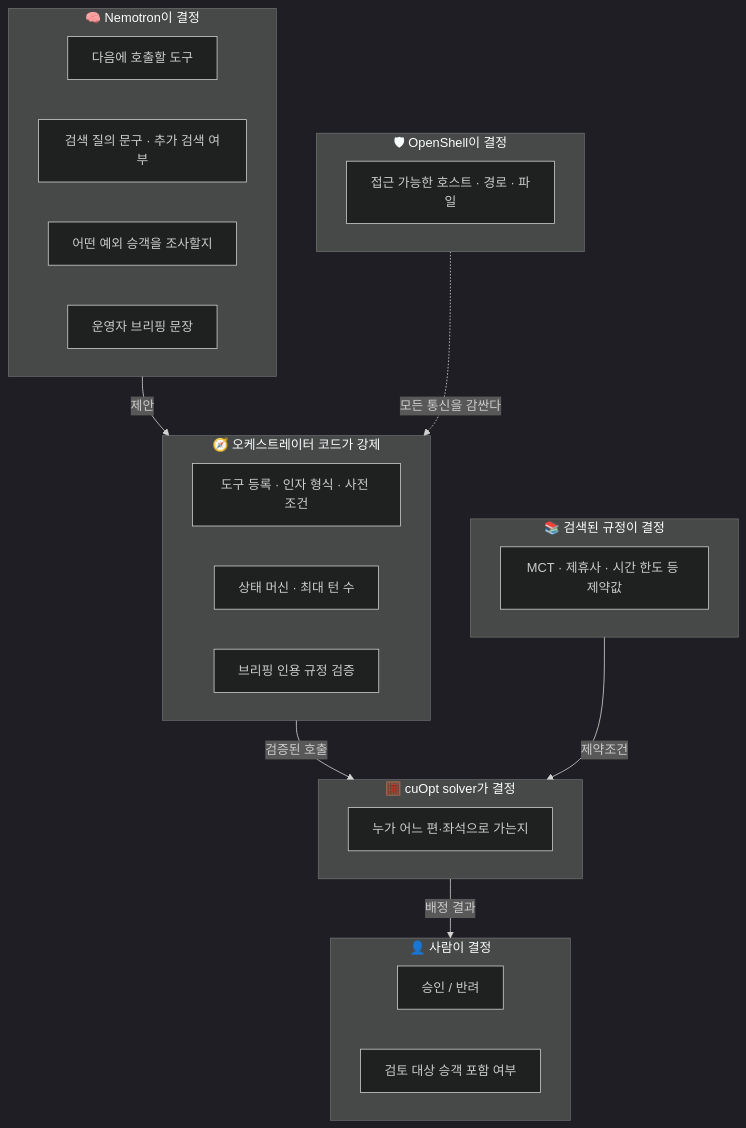
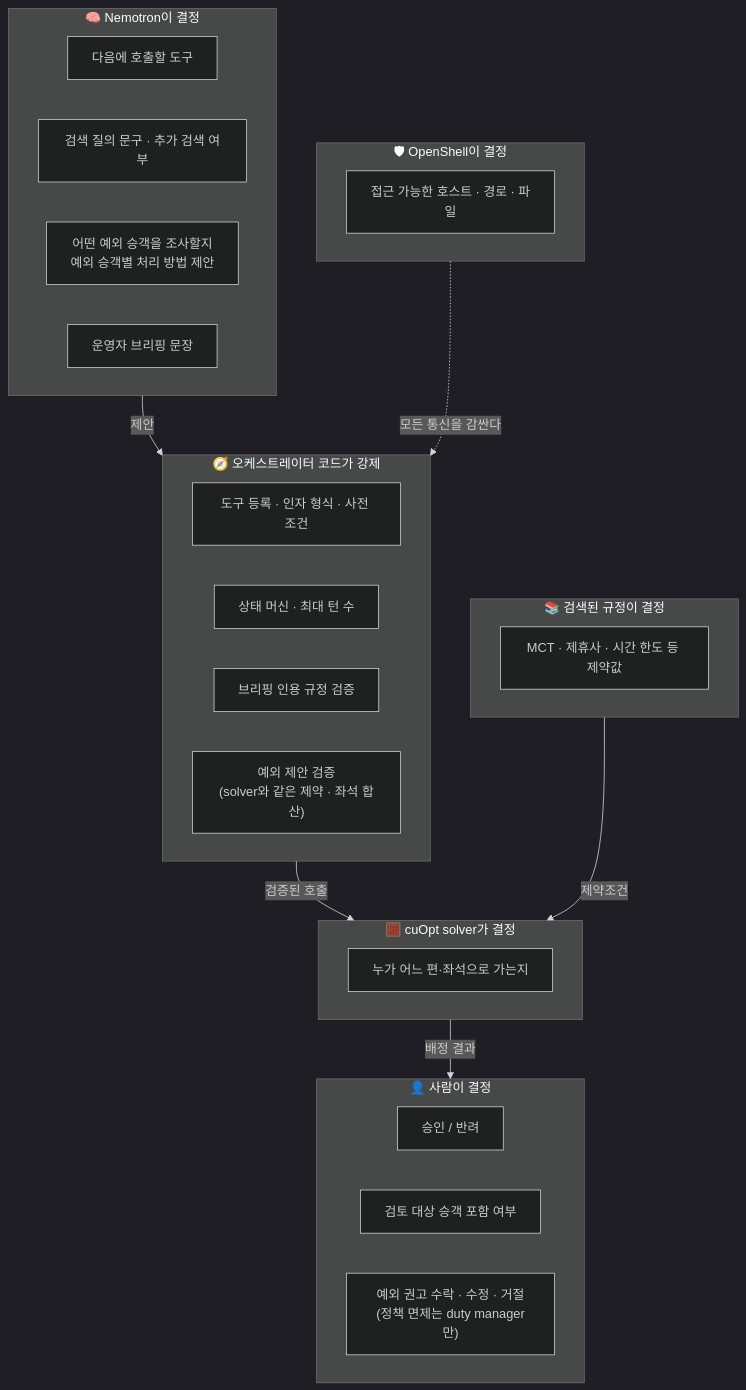
The fourth of 9 diagrams in docs/agent.md (hyunolike/reroute-irops-agent), drawn with Mermaid (dark theme) before and after one commit. The commit also changed other lines of this file and 3 other files, not shown here.

````diff
--- a/docs/agent.md
+++ b/docs/agent.md
@@ -139,33 +145,35 @@
 ```mermaid
 flowchart TB
     subgraph llm["🧠 Nemotron이 결정"]
         l1["다음에 호출할 도구"]
         l2["검색 질의 문구 · 추가 검색 여부"]
-        l3["어떤 예외 승객을 조사할지"]
+        l3["어떤 예외 승객을 조사할지<br/>예외 승객별 처리 방법 제안"]
         l4["운영자 브리핑 문장"]
     end
     subgraph code["🧭 오케스트레이터 코드가 강제"]
         c1["도구 등록 · 인자 형식 · 사전 조건"]
         c2["상태 머신 · 최대 턴 수"]
         c3["브리핑 인용 규정 검증"]
+        c4["예외 제안 검증<br/>(solver와 같은 제약 · 좌석 합산)"]
     end
     subgraph solver["🧮 cuOpt solver가 결정"]
         s1["누가 어느 편·좌석으로 가는지"]
     end
     subgraph rag["📚 검색된 규정이 결정"]
         r1["MCT · 제휴사 · 시간 한도 등 제약값"]
     end
     subgraph human["👤 사람이 결정"]
         h1["승인 / 반려"]
         h2["검토 대상 승객 포함 여부"]
+        h3["예외 권고 수락 · 수정 · 거절<br/>(정책 면제는 duty manager만)"]
     end
     subgraph shell["🛡 OpenShell이 결정"]
         o1["접근 가능한 호스트 · 경로 · 파일"]
     end
 
     llm -->|"제안"| code
     code -->|"검증된 호출"| solver
     rag -->|"제약조건"| solver
     solver -->|"배정 결과"| human
     shell -.->|"모든 통신을 감싼다"| code
 ```
````
